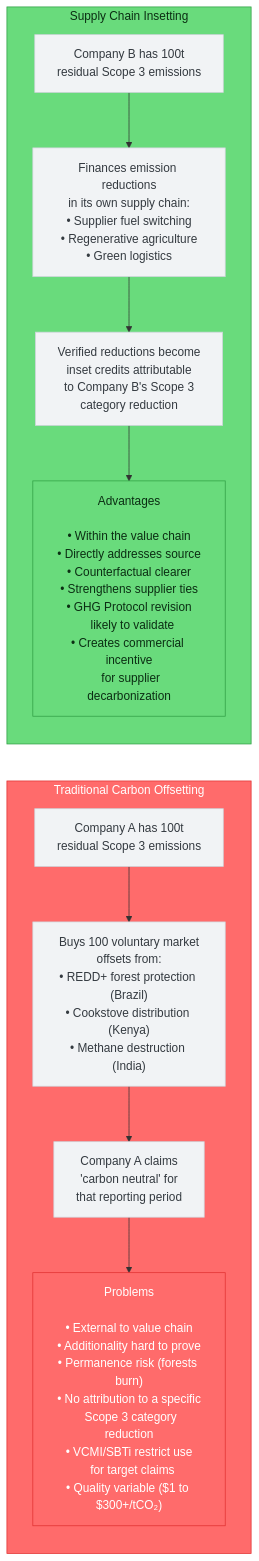
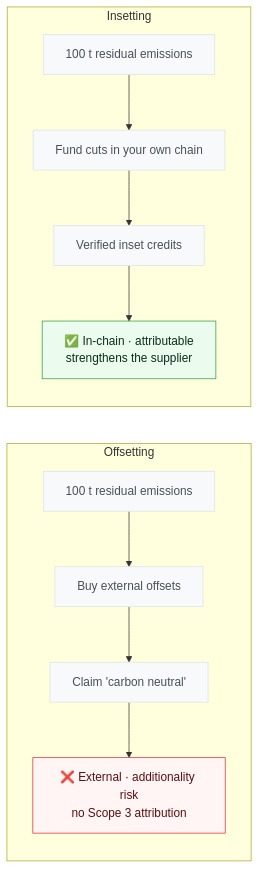
One commit to co3org/Scope3-Challenge changed the fourth of 9 diagrams in docs/04_abatement_challenges.md. Above: the diagram before and after it, drawn with Mermaid. The commit also changed other lines of this file and 11 other files, not shown here.

First line of the commit message:
Soft diagram palette and trim text-wall node labels

````diff
--- a/docs/04_abatement_challenges.md
+++ b/docs/04_abatement_challenges.md
@@ -169,29 +163,22 @@
 ```mermaid
 flowchart LR
-    classDef bad fill:#ff6b6b,stroke:#e03131,color:#fff;
-    classDef good fill:#69db7c,stroke:#2f9e44,color:#0b2e13;
-    classDef muted fill:#f1f3f5,stroke:#ced4da,color:#343a40;
+    classDef bad fill:#fff5f5,stroke:#e03131,color:#5c0f0f;
+    classDef good fill:#ebfbee,stroke:#2f9e44,color:#0b2e1d;
+    classDef muted fill:#f8f9fa,stroke:#dee2e6,color:#495057;
 
-    subgraph Offsetting["Traditional Carbon Offsetting"]
+    subgraph Offsetting["Offsetting"]
         direction TB
-        O1["Company A has 100t\nresidual Scope 3 emissions"]
-        O2["Buys 100 voluntary market\noffsets from:\n• REDD+ forest protection (Brazil)\n• Cookstove distribution (Kenya)\n• Methane destruction (India)"]
-        O3["Company A claims\n'carbon neutral' for\nthat reporting period"]
-        Problem_O["Problems\n\n• External to value chain\n• Additionality hard to prove\n• Permanence risk (forests burn)\n• No attribution to a specific\n  Scope 3 category reduction\n• VCMI/SBTi restrict use\n  for target claims\n• Quality variable ($1 to $300+/tCO₂)"]
+        O1["100 t residual emissions"] --> O2["Buy external offsets"] --> O3["Claim 'carbon neutral'"]
+        O3 --> Problem_O["❌ External · additionality risk<br/>no Scope 3 attribution"]
     end
 
-    subgraph Insetting["Supply Chain Insetting"]
+    subgraph Insetting["Insetting"]
         direction TB
-        I1["Company B has 100t\nresidual Scope 3 emissions"]
-        I2["Finances emission reductions\nin its own supply chain:\n• Supplier fuel switching\n• Regenerative agriculture\n• Green logistics"]
-        I3["Verified reductions become\ninset credits attributable\nto Company B's Scope 3\ncategory reduction"]
-        Advantage_I["Advantages\n\n• Within the value chain\n• Directly addresses source\n• Counterfactual clearer\n• Strengthens supplier ties\n• GHG Protocol revision\n  likely to validate\n• Creates commercial incentive\n  for supplier decarbonization"]
+        I1["100 t residual emissions"] --> I2["Fund cuts in your own chain"] --> I3["Verified inset credits"]
+        I3 --> Advantage_I["✅ In-chain · attributable<br/>strengthens the supplier"]
     end
 
-    O1 --> O2 --> O3 --> Problem_O
-    I1 --> I2 --> I3 --> Advantage_I
-
-    class Offsetting,Problem_O bad;
-    class Insetting,Advantage_I good;
     class O1,O2,O3,I1,I2,I3 muted;
+    class Problem_O bad;
+    class Advantage_I good;
 ```
````
